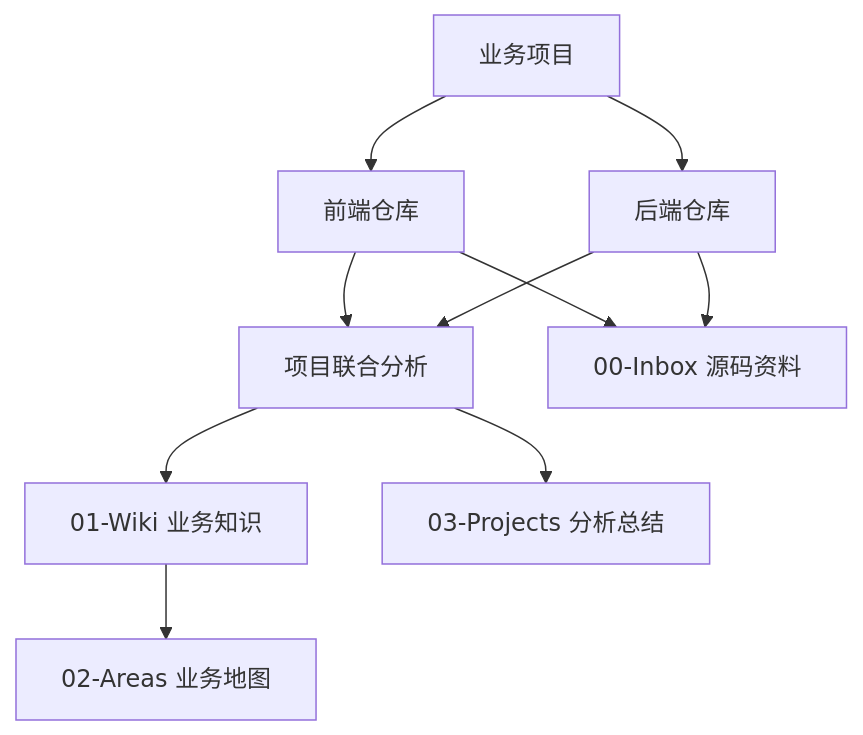
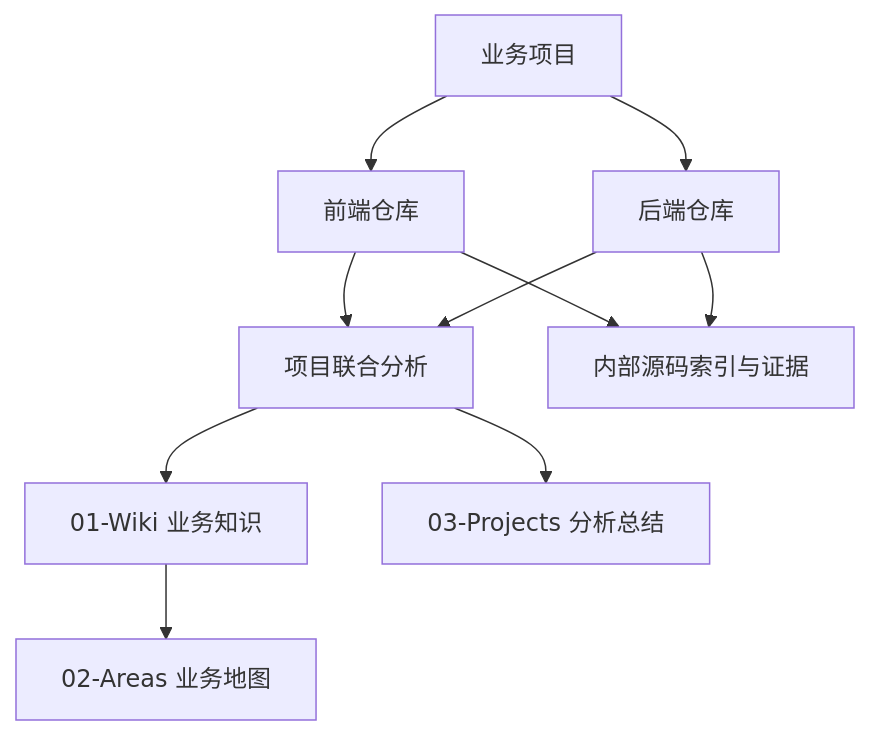
One commit to wmc837911722-del/sijing changed the diagram in docs/BUSINESS-PROJECTS.md. Above: the diagram before and after it, drawn with Mermaid. The commit also changed other lines of this file and 108 other files, not shown here.

````diff
--- a/docs/BUSINESS-PROJECTS.md
+++ b/docs/BUSINESS-PROJECTS.md
@@ -5,12 +5,12 @@
 ```mermaid
 flowchart TD
   P[业务项目] --> F[前端仓库]
   P --> B[后端仓库]
   F --> A[项目联合分析]
   B --> A
   A --> W[01-Wiki 业务知识]
   W --> M[02-Areas 业务地图]
   A --> S[03-Projects 分析总结]
-  F --> R[00-Inbox 源码资料]
+  F --> R[内部源码索引与证据]
   B --> R
 ```
````
